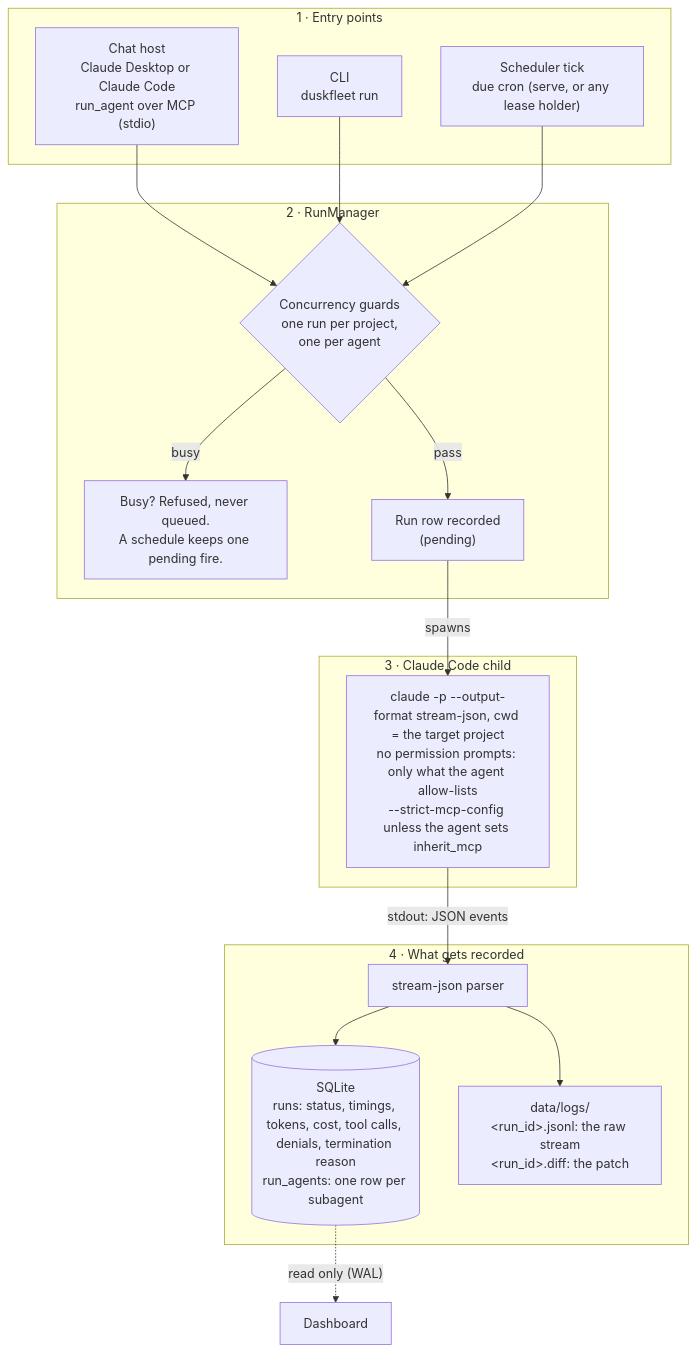
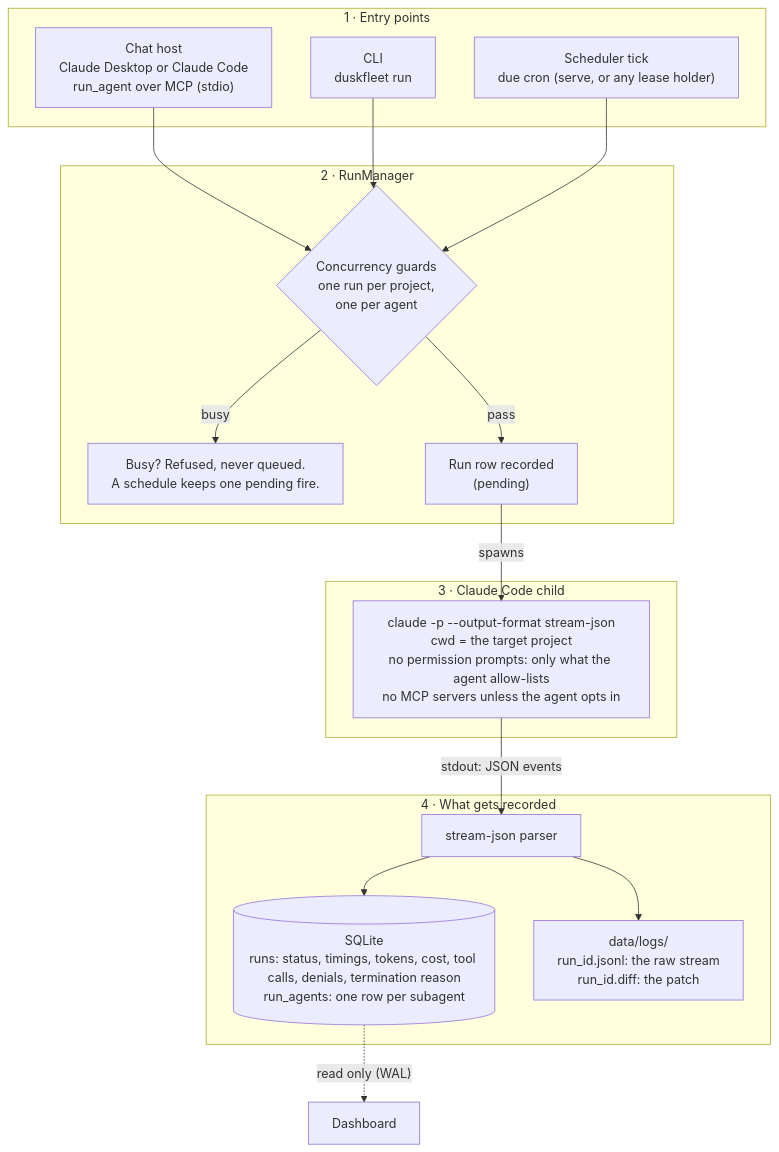
Before and after one commit to duskfleet/duskfleet: the first of 2 diagrams in README.md, drawn with Mermaid.

Commit message:
README: wider Mermaid labels, no angle brackets
Claude-Session: https://claude.ai/code/session_014NZALZg54RZdNB9EhjesYs

````diff
--- a/README.md
+++ b/README.md
@@ -158,35 +158,36 @@
 ```mermaid
+%%{init: {"flowchart": {"wrappingWidth": 320}}}%%
 flowchart TB
     subgraph entry ["1 · Entry points"]
         chat["Chat host<br/>Claude Desktop or Claude Code<br/>run_agent over MCP (stdio)"]
         cli["CLI<br/>duskfleet run"]
         sched["Scheduler tick<br/>due cron (serve, or any lease holder)"]
     end
 
     subgraph rm ["2 · RunManager"]
         guards{"Concurrency guards<br/>one run per project,<br/>one per agent"}
         busy["Busy? Refused, never queued.<br/>A schedule keeps one pending fire."]
         row["Run row recorded<br/>(pending)"]
     end
 
     subgraph child ["3 · Claude Code child"]
-        claude["claude -p --output-format stream-json, cwd = the target project<br/>no permission prompts: only what the agent allow-lists<br/>--strict-mcp-config unless the agent sets inherit_mcp"]
+        claude["claude -p --output-format stream-json<br/>cwd = the target project<br/>no permission prompts: only what the agent allow-lists<br/>no MCP servers unless the agent opts in"]
     end
 
     subgraph rec ["4 · What gets recorded"]
         parser["stream-json parser"]
         db[("SQLite<br/>runs: status, timings, tokens, cost, tool calls, denials, termination reason<br/>run_agents: one row per subagent")]
-        logs["data/logs/<br/>&lt;run_id&gt;.jsonl: the raw stream<br/>&lt;run_id&gt;.diff: the patch"]
+        logs["data/logs/<br/>run_id.jsonl: the raw stream<br/>run_id.diff: the patch"]
     end
 
     chat --> guards
     cli --> guards
     sched --> guards
     guards -- busy --> busy
     guards -- pass --> row
     row -- spawns --> claude
     claude -- "stdout: JSON events" --> parser
     parser --> db
     parser --> logs
     db -. "read only (WAL)" .-> web["Dashboard"]
 ```
````
